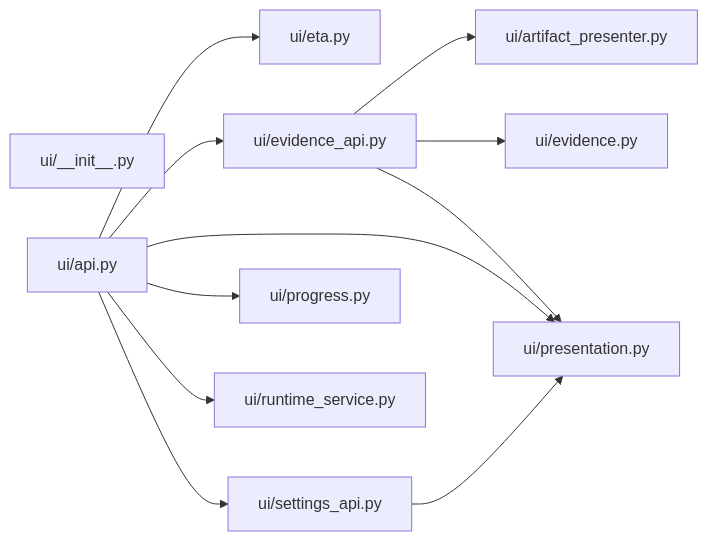
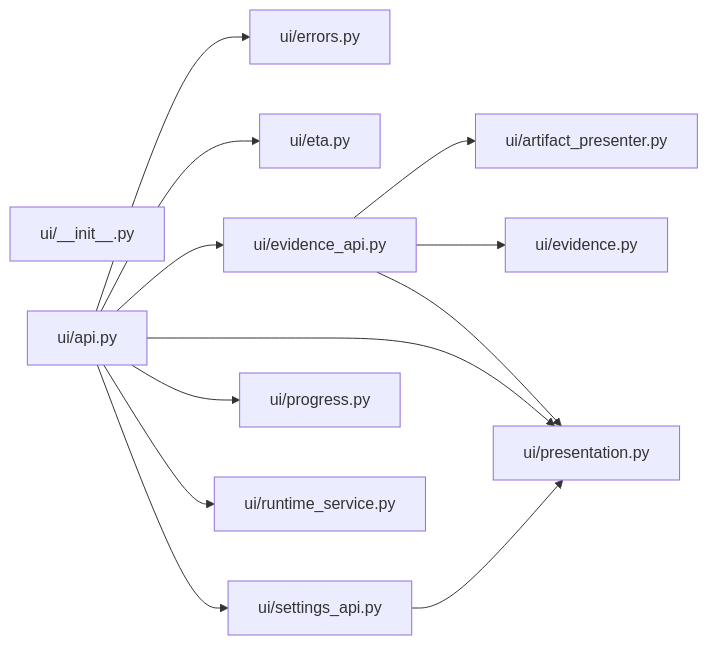
Diagram 20 of 21 in docs/ARCHITECTURE_MAP.md (sarveshtalele/maf-harness-testing), drawn with Mermaid before and after one commit. The commit also changed other lines of this file and 7 other files, not shown here.

````diff
--- a/docs/ARCHITECTURE_MAP.md
+++ b/docs/ARCHITECTURE_MAP.md
@@ -474,23 +477,25 @@
 ```mermaid
 flowchart LR
   f0["ui/__init__.py"]
   f1["ui/api.py"]
   f2["ui/artifact_presenter.py"]
-  f3["ui/eta.py"]
-  f4["ui/evidence.py"]
-  f5["ui/evidence_api.py"]
-  f6["ui/presentation.py"]
-  f7["ui/progress.py"]
-  f8["ui/runtime_service.py"]
-  f9["ui/settings_api.py"]
+  f3["ui/errors.py"]
+  f4["ui/eta.py"]
+  f5["ui/evidence.py"]
+  f6["ui/evidence_api.py"]
+  f7["ui/presentation.py"]
+  f8["ui/progress.py"]
+  f9["ui/runtime_service.py"]
+  f10["ui/settings_api.py"]
   f1 --> f3
-  f1 --> f5
+  f1 --> f4
   f1 --> f6
   f1 --> f7
   f1 --> f8
   f1 --> f9
-  f5 --> f2
-  f5 --> f4
-  f5 --> f6
-  f9 --> f6
+  f1 --> f10
+  f6 --> f2
+  f6 --> f5
+  f6 --> f7
+  f10 --> f7
 ```
````
